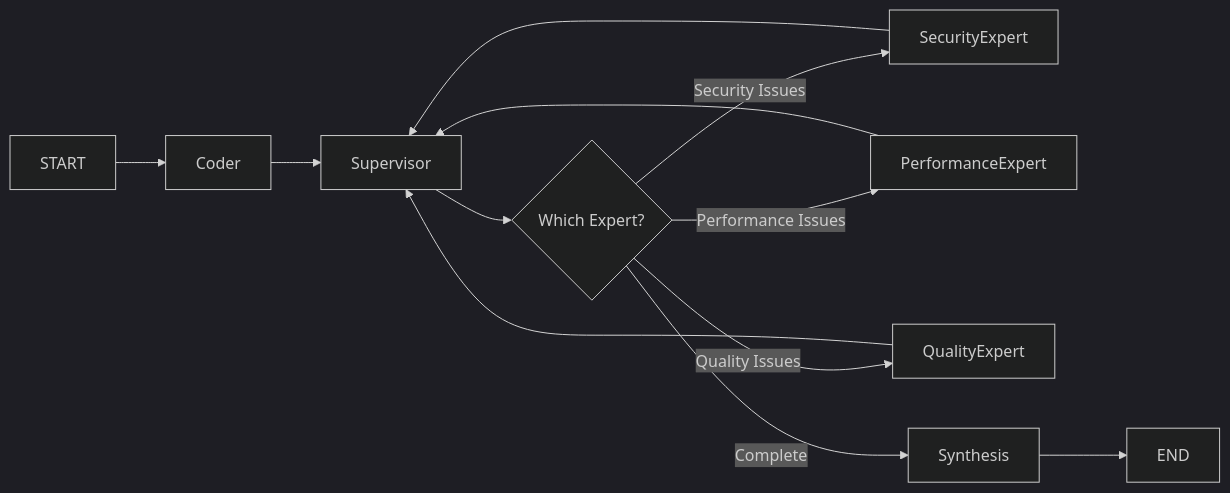
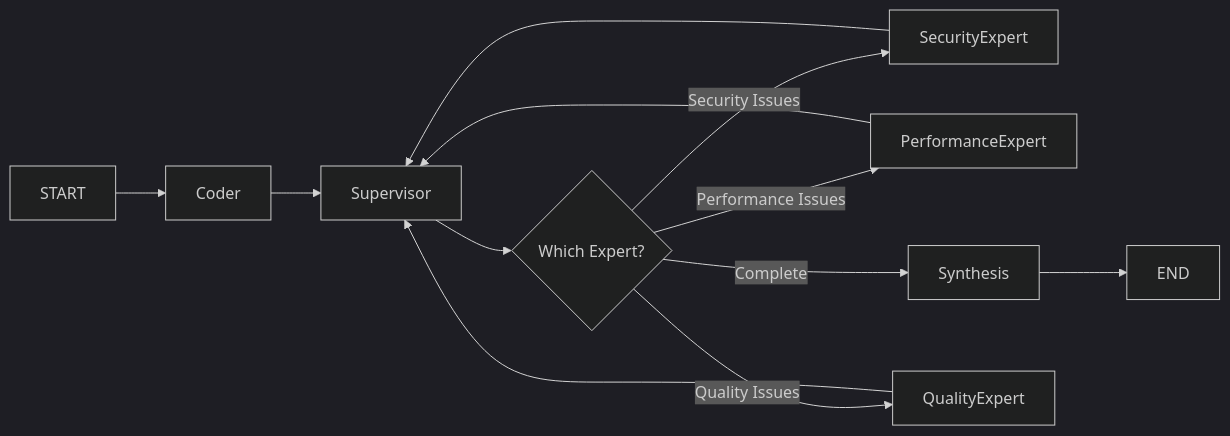
Before and after one commit to rulala/fac-ws_ai_multi-agent: the fourth of 6 diagrams in PATTERNS.md, drawn with Mermaid (dark theme). The commit also changed other lines of this file, not shown here.

````diff
--- a/PATTERNS.md
+++ b/PATTERNS.md
@@ -72,14 +72,14 @@
 ```mermaid
 graph LR
     START --> Coder
     Coder --> Supervisor
     Supervisor --> Decision{Which Expert?}
     Decision -->|Security Issues| SecurityExpert
     Decision -->|Performance Issues| PerformanceExpert
+    Decision -->|Complete| Synthesis
     Decision -->|Quality Issues| QualityExpert
-    Decision -->|Complete| Synthesis
     SecurityExpert --> Supervisor
     PerformanceExpert --> Supervisor
+    Synthesis --> END
     QualityExpert --> Supervisor
-    Synthesis --> END
 ```
````
